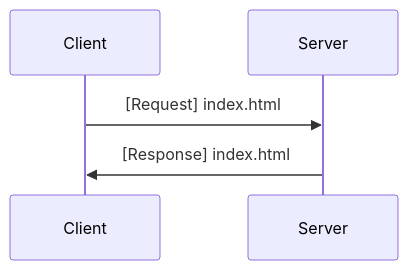
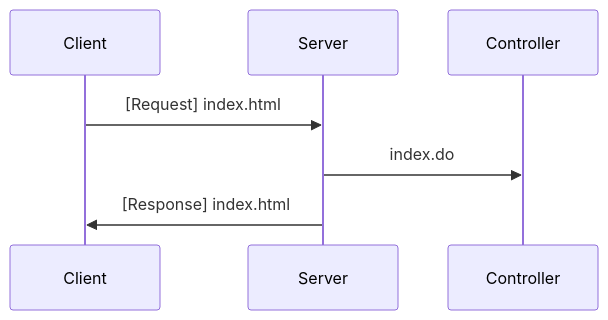
Before and after one commit to JeongJongSub/GitGithub: the diagram in README.md, drawn with Mermaid.

````diff
--- a/README.md
+++ b/README.md
@@ -7,8 +7,9 @@
 ```mermaid
 sequenceDiagram
 Client ->> Server : [Request] index.html
+Server ->> Controller : index.do
 Server ->> Client : [Response] index.html
 
 
 
 ```
````
